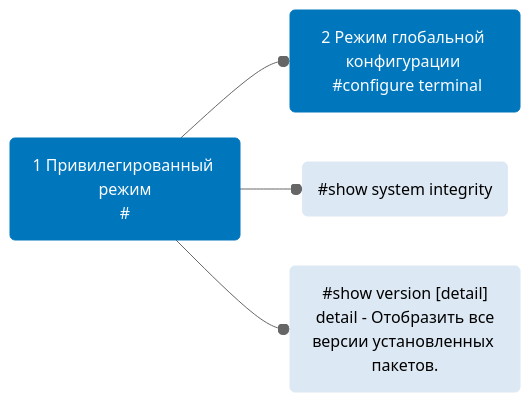
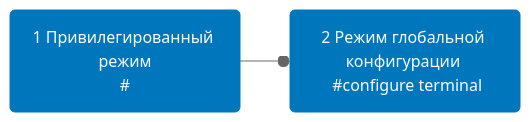
Before and after one commit to Kostrov2003/FirstSite: the diagram in test.md, drawn with Mermaid (neutral theme).

````diff
--- a/test.md
+++ b/test.md
@@ -1,13 +1,11 @@
 ```mermaid 
 graph LR
 classDef class1 fill:#0076bd,stroke:#0076bd,color:#fbfdfe 
 classDef class2 fill:#dce8f3,stroke:#dce8f3
 classDef class3 fill:#d54a4a,stroke:#d54a4a,color:#fbfdfe
 classDef class5 fill:#eeeb97,stroke:#f2ee69
 classDef class4 fill:#d5eec4,stroke:#96b482
 A(1 Привилегированный режим<br>#):::class1 --o B(2 Режим глобальной конфигурации <br> #configure terminal):::class1
 click B "/wiki/CLI/configure_terminal" _blank
-A --o C(#show system integrity):::class2
-A --o D("#show version [detail]"<br> detail - Отобразить все версии установленных пакетов.):::class2
 
 ```
````
